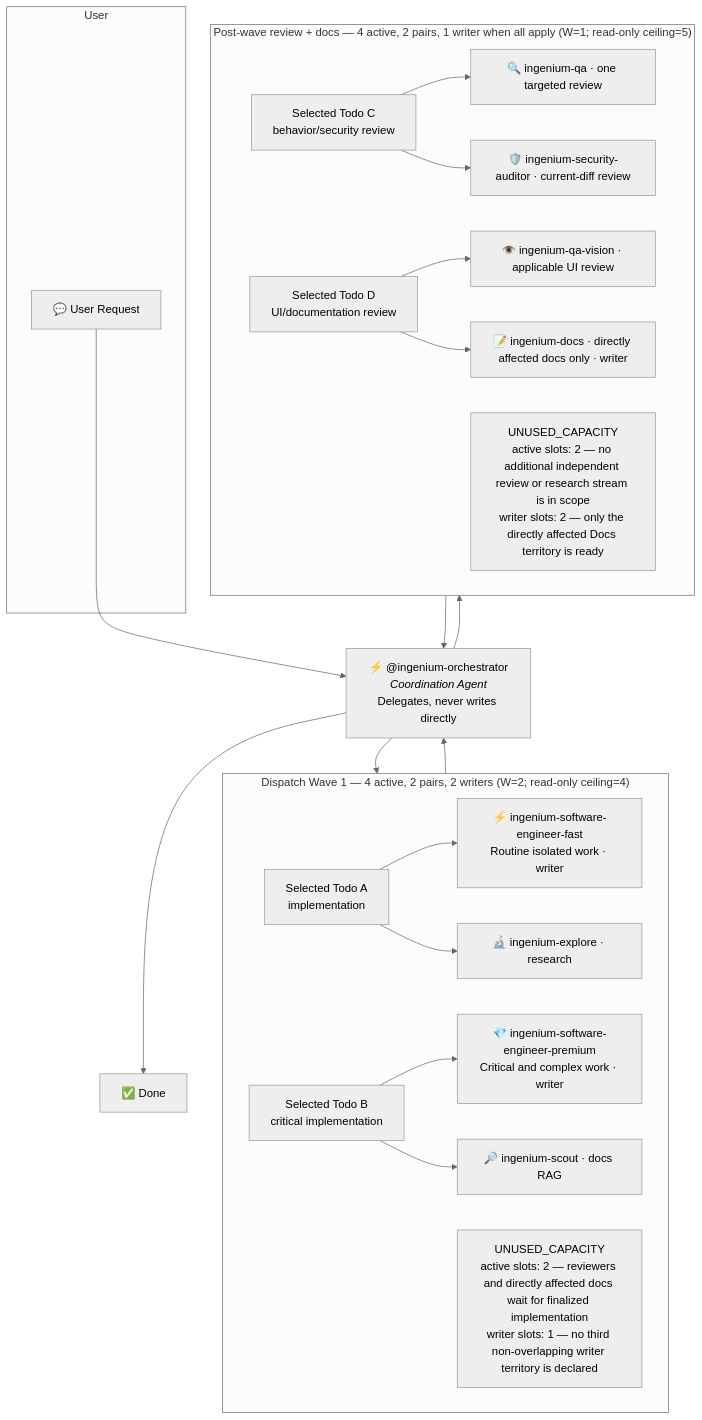
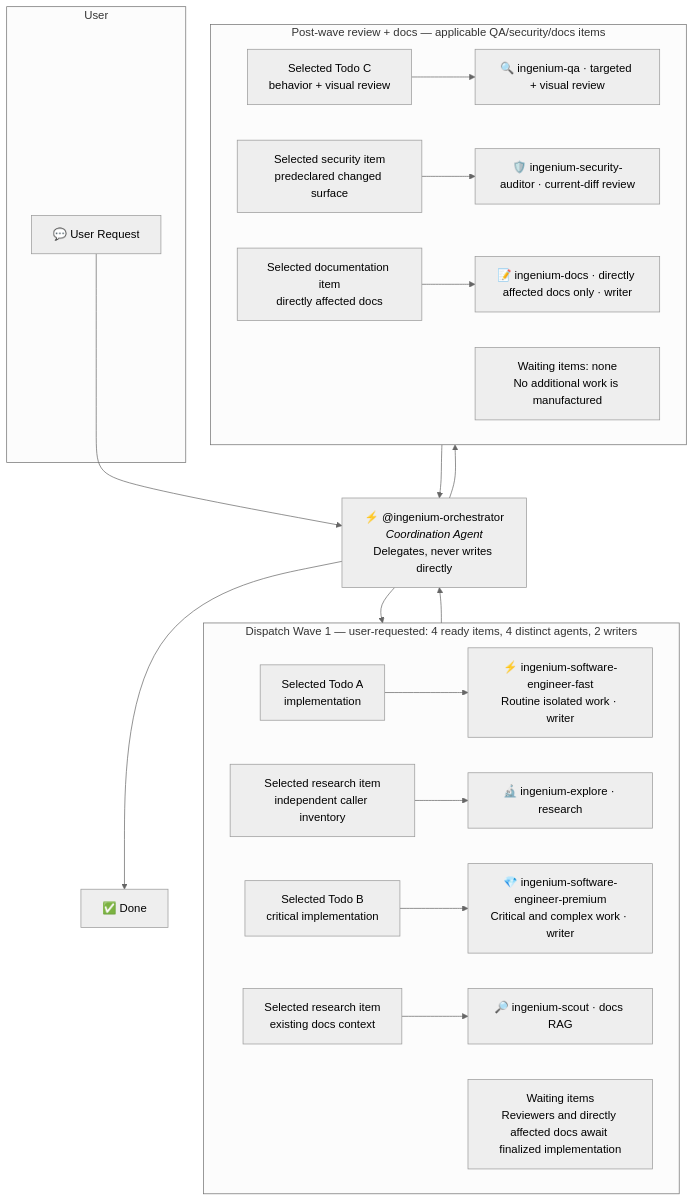
One commit to jtmb/ingenium changed the first of 2 diagrams in docs/configure/agents.md. Above: the diagram before and after it, drawn with Mermaid (neutral theme). The commit also changed other lines of this file and 346 other files, not shown here.

````diff
--- a/docs/configure/agents.md
+++ b/docs/configure/agents.md
@@ -133,42 +153,39 @@
 ```mermaid
 flowchart TB
     subgraph User
         REQ["💬 User Request"]
     end
 
     REQ --> ORCH["⚡ @ingenium-orchestrator<br/><i>Coordination Agent</i><br/>Delegates, never writes directly"]
 
-    subgraph Wave1["Dispatch Wave 1 — 4 active, 2 pairs, 2 writers (W=2; read-only ceiling=4)"]
+    subgraph Wave1["Dispatch Wave 1 — user-requested: 4 ready items, 4 distinct agents, 2 writers"]
         T1["Selected Todo A<br/>implementation"]
         FAST["⚡ ingenium-software-engineer-fast<br/>Routine isolated work · writer"]
         EXPLORE["🔬 ingenium-explore · research"]
         T2["Selected Todo B<br/>critical implementation"]
         PREM["💎 ingenium-software-engineer-premium<br/>Critical and complex work · writer"]
         SCOUT["🔎 ingenium-scout · docs RAG"]
         T1 --> FAST
-        T1 --> EXPLORE
+        R1["Selected research item<br/>independent caller inventory"] --> EXPLORE
         T2 --> PREM
-        T2 --> SCOUT
-        W1CAP["UNUSED_CAPACITY<br/>active slots: 2 — reviewers and directly affected docs wait for finalized implementation<br/>writer slots: 1 — no third non-overlapping writer territory is declared"]
+        R2["Selected research item<br/>existing docs context"] --> SCOUT
+        W1WAIT["Waiting items<br/>Reviewers and directly affected docs await finalized implementation"]
     end
 
-    subgraph Wave2["Post-wave review + docs — 4 active, 2 pairs, 1 writer when all apply (W=1; read-only ceiling=5)"]
-        T3["Selected Todo C<br/>behavior/security review"]
-        QA["🔍 ingenium-qa · one targeted review"]
+    subgraph Wave2["Post-wave review + docs — applicable QA/security/docs items"]
+        T3["Selected Todo C<br/>behavior + visual review"]
+        QA["🔍 ingenium-qa · targeted + visual review"]
         SECURITY["🛡️ ingenium-security-auditor · current-diff review"]
-        T4["Selected Todo D<br/>UI/documentation review"]
-        VISION["👁️ ingenium-qa-vision · applicable UI review"]
         DOCS["📝 ingenium-docs · directly affected docs only · writer"]
         T3 --> QA
-        T3 --> SECURITY
-        T4 --> VISION
-        T4 --> DOCS
-        W2CAP["UNUSED_CAPACITY<br/>active slots: 2 — no additional independent review or research stream is in scope<br/>writer slots: 2 — only the directly affected Docs territory is ready"]
+        S1["Selected security item<br/>predeclared changed surface"] --> SECURITY
+        D1["Selected documentation item<br/>directly affected docs"] --> DOCS
+        W2WAIT["Waiting items: none<br/>No additional work is manufactured"]
     end
 
     ORCH --> Wave1
     Wave1 --> ORCH
     ORCH --> Wave2
     Wave2 --> ORCH
     ORCH --> DONE["✅ Done"]
 ```
````
